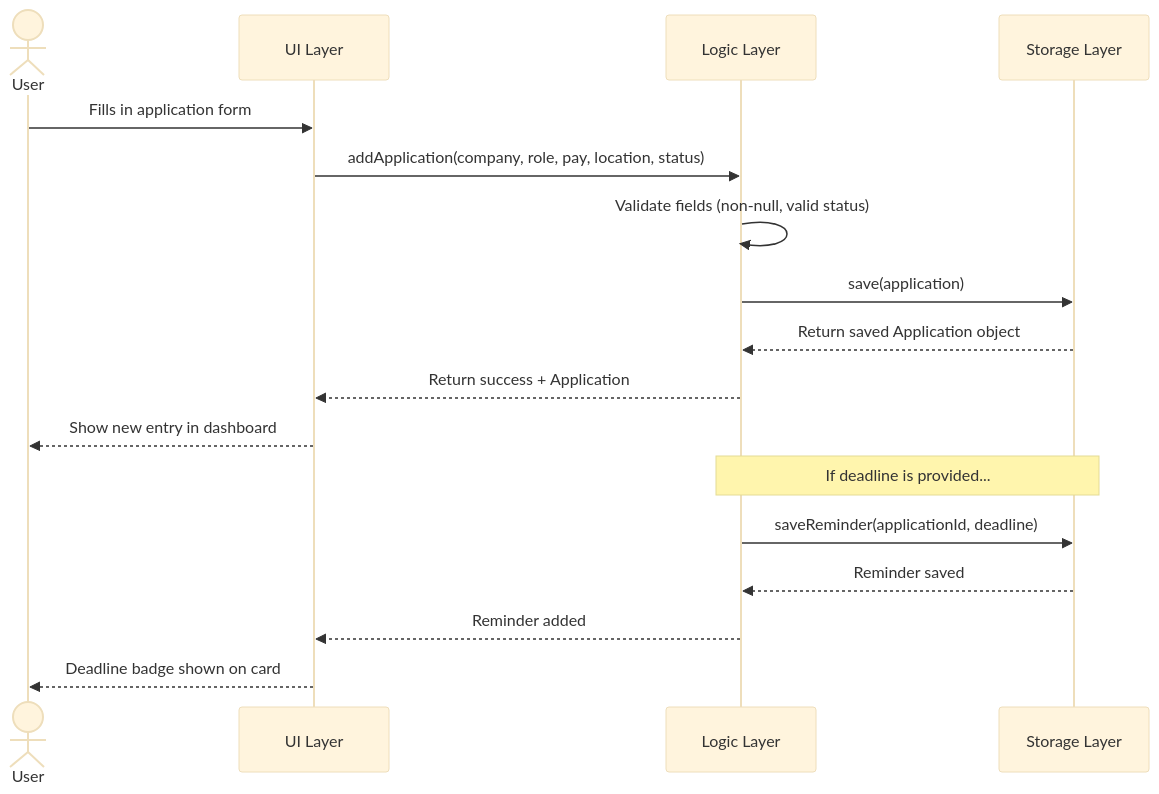
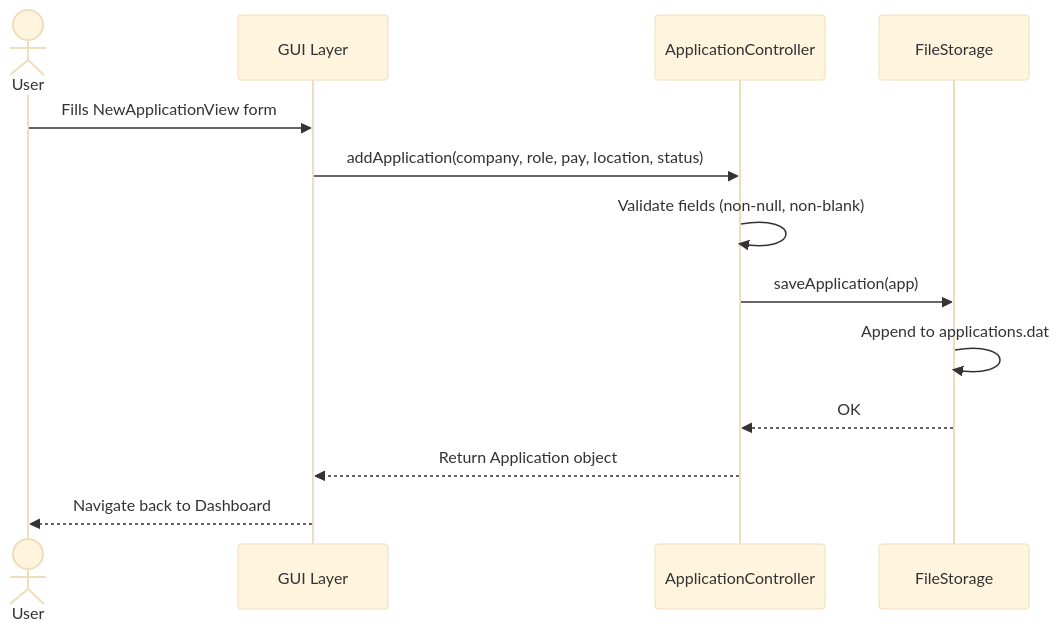
The third of 7 diagrams in docs/API_DOCUMENTATION.md (ashjwley03/JobApps-Tracker), drawn with Mermaid (base theme) before and after one commit. The commit also changed other lines of this file and 19 other files, not shown here.

````diff
--- a/docs/API_DOCUMENTATION.md
+++ b/docs/API_DOCUMENTATION.md
@@ -114,21 +118,16 @@
 ```mermaid
 sequenceDiagram
     actor User
-    participant UI as UI Layer
-    participant Logic as Logic Layer
-    participant Storage as Storage Layer
+    participant UI as GUI Layer
+    participant Logic as ApplicationController
+    participant Storage as FileStorage
 
-    User->>UI: Fills in application form
+    User->>UI: Fills NewApplicationView form
     UI->>Logic: addApplication(company, role, pay, location, status)
-    Logic->>Logic: Validate fields (non-null, valid status)
-    Logic->>Storage: save(application)
-    Storage-->>Logic: Return saved Application object
-    Logic-->>UI: Return success + Application
-    UI-->>User: Show new entry in dashboard
-
-    Note over Logic,Storage: If deadline is provided...
-    Logic->>Storage: saveReminder(applicationId, deadline)
-    Storage-->>Logic: Reminder saved
-    Logic-->>UI: Reminder added
-    UI-->>User: Deadline badge shown on card
+    Logic->>Logic: Validate fields (non-null, non-blank)
+    Logic->>Storage: saveApplication(app)
+    Storage->>Storage: Append to applications.dat
+    Storage-->>Logic: OK
+    Logic-->>UI: Return Application object
+    UI-->>User: Navigate back to Dashboard
 ```
````
